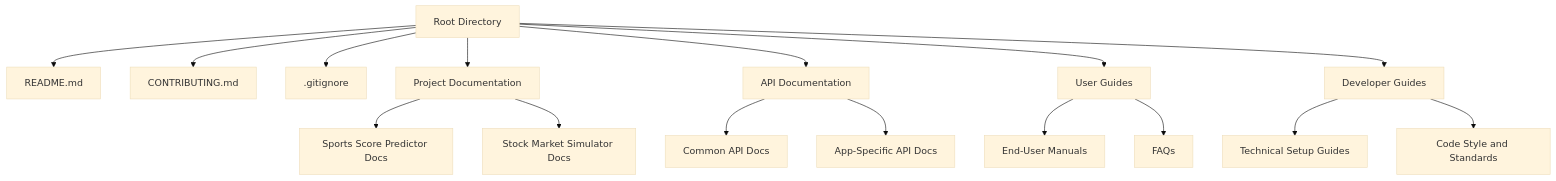
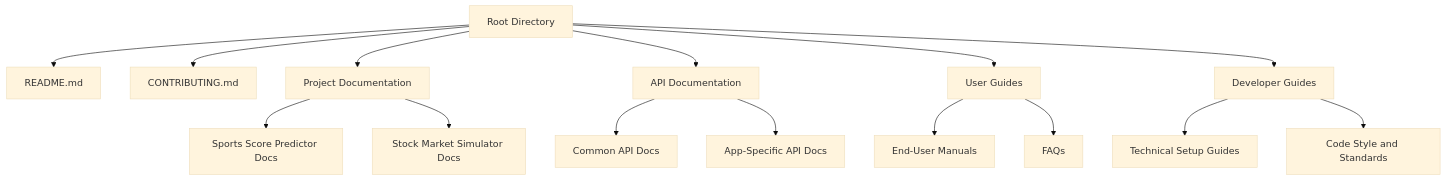
The diagram in project-docs/documentation-config.md (dock108/org-docs-and-guides), drawn with Mermaid (base theme) before and after one commit.

````diff
--- a/project-docs/documentation-config.md
+++ b/project-docs/documentation-config.md
@@ -3,22 +3,21 @@
 ```mermaid
 graph TD
     A[Root Directory] --> B[README.md]
     A --> C[CONTRIBUTING.md]
-    A --> D[.gitignore]
     A --> E[Project Documentation]
     A --> F[API Documentation]
     A --> G[User Guides]
     A --> H[Developer Guides]
 
     E --> E1[Sports Score Predictor Docs]
     E --> E2[Stock Market Simulator Docs]
 
     F --> F1[Common API Docs]
     F --> F2[App-Specific API Docs]
 
     G --> G1[End-User Manuals]
     G --> G2[FAQs]
 
     H --> H1[Technical Setup Guides]
     H --> H2[Code Style and Standards]
 ```
````
